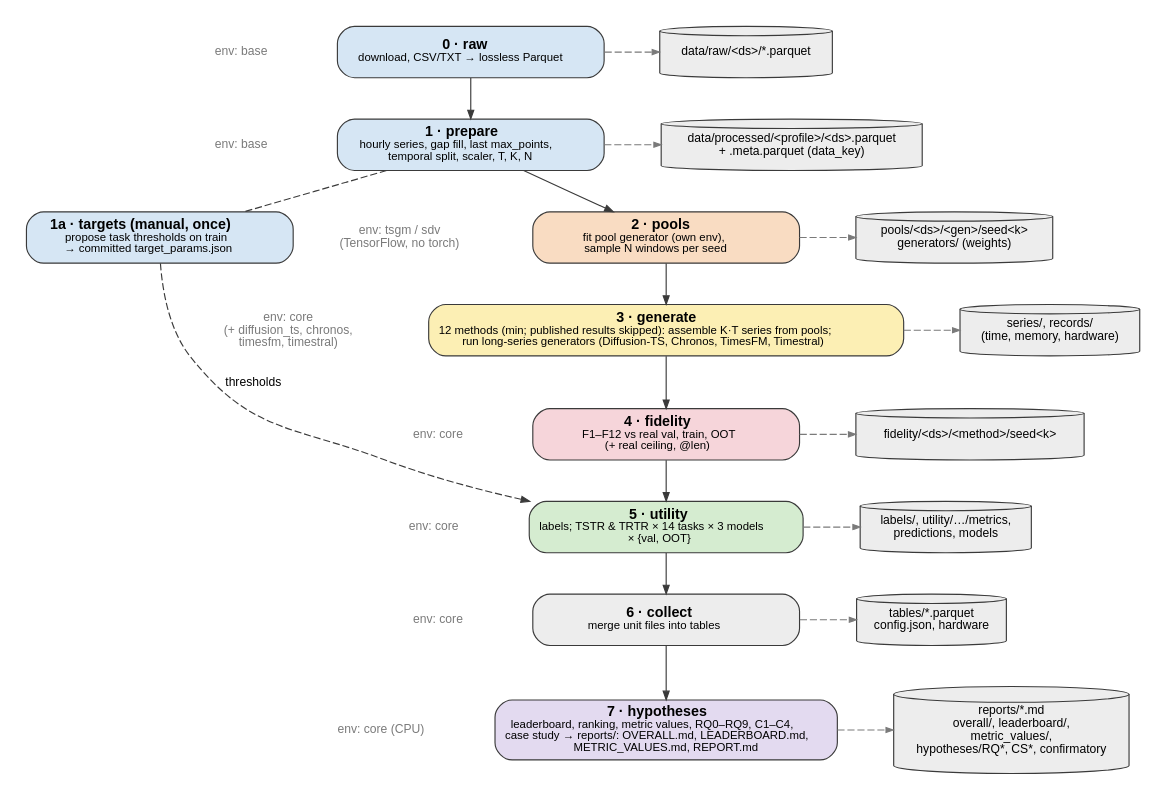
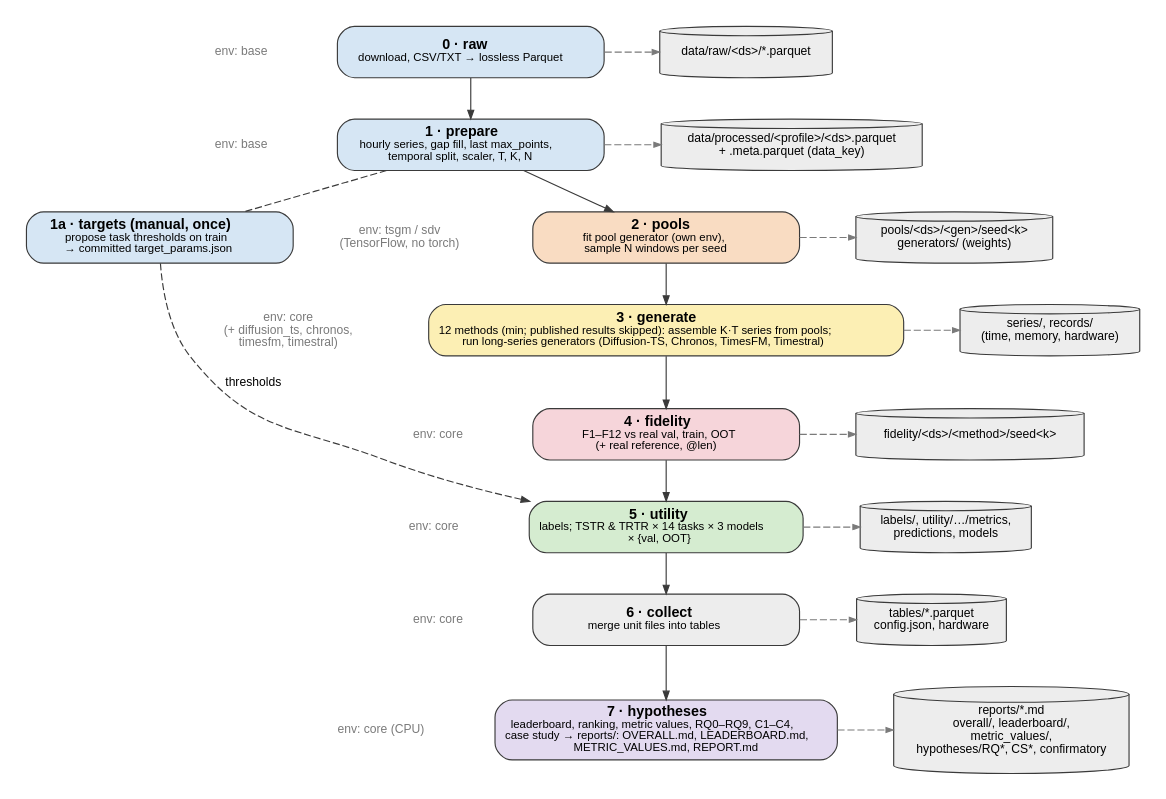
The diagram in dev/figures/src/dot/fig02_stage_pipeline.dot (zypl-ai/MarathonTS), drawn with Graphviz before and after one commit. The commit also changed 53 other files, not shown here.

```diff
--- a/dev/figures/src/dot/fig02_stage_pipeline.dot
+++ b/dev/figures/src/dot/fig02_stage_pipeline.dot
@@ -1,48 +1,48 @@
 digraph fig02_stage_pipeline {
   rankdir=TB;
 
   graph [fontname="Helvetica", fontsize=11, pad=0.15, nodesep=0.28, ranksep=0.38, newrank=true];
   node  [fontname="Helvetica", fontsize=10, shape=box, style="rounded,filled", fillcolor="#FFFFFF",
          color="#3A3A3A", penwidth=0.8, margin="0.10,0.05"];
   edge  [fontname="Helvetica", fontsize=8.5, color="#3A3A3A", penwidth=0.8, arrowsize=0.6];
 
 
   node [width=2.6];
   raw [label=<<b>0 · raw</b><br/><font point-size="8.5">download, CSV/TXT → lossless Parquet</font>>, fillcolor="#D6E6F4"];
   prep [label=<<b>1 · prepare</b><br/><font point-size="8.5">hourly series, gap fill, last max_points,<br/>temporal split, scaler, T, K, N</font>>, fillcolor="#D6E6F4"];
   tgt [label=<<b>1a · targets (manual, once)</b><br/><font point-size="8.5">propose task thresholds on train<br/>→ committed target_params.json</font>>, fillcolor="#D6E6F4"];
   pools [label=<<b>2 · pools</b><br/><font point-size="8.5">fit pool generator (own env),<br/>sample N windows per seed</font>>, fillcolor="#F9DCC2"];
   gen [label=<<b>3 · generate</b><br/><font point-size="8.5">12 methods (min; published results skipped): assemble K·T series from pools;<br/>run long-series generators (Diffusion-TS, Chronos, TimesFM, Timestral)</font>>, fillcolor="#FCEFB4"];
-  fid [label=<<b>4 · fidelity</b><br/><font point-size="8.5">F1–F12 vs real val, train, OOT<br/>(+ real ceiling, @len)</font>>, fillcolor="#F6D5DA"];
+  fid [label=<<b>4 · fidelity</b><br/><font point-size="8.5">F1–F12 vs real val, train, OOT<br/>(+ real reference, @len)</font>>, fillcolor="#F6D5DA"];
   utl [label=<<b>5 · utility</b><br/><font point-size="8.5">labels; TSTR &amp; TRTR × 14 tasks × 3 models<br/>× {val, OOT}</font>>, fillcolor="#D5ECD0"];
   col [label=<<b>6 · collect</b><br/><font point-size="8.5">merge unit files into tables</font>>, fillcolor="#EDEDED"];
   sci [label=<<b>7 · hypotheses</b><br/><font point-size="8.5">leaderboard, ranking, metric values, RQ0–RQ9, C1–C4,<br/>case study → reports/: OVERALL.md, LEADERBOARD.md,<br/>METRIC_VALUES.md, REPORT.md</font>>, fillcolor="#E3DAF0"];
 
   raw -> prep -> pools -> gen -> fid -> utl -> col -> sci;
   prep -> tgt [style=dashed, arrowhead=none];
   tgt -> utl [style=dashed, label=" thresholds", constraint=false];
 
   node [width=0, shape=cylinder, style=filled, fillcolor="#EDEDED", fontsize=8.5];
   a0 [label="data/raw/<ds>/*.parquet"];
   a1 [label="data/processed/<profile>/<ds>.parquet\n+ .meta.parquet (data_key)"];
   a2 [label="pools/<ds>/<gen>/seed<k>\ngenerators/ (weights)"];
   a3 [label="series/, records/\n(time, memory, hardware)"];
   a4 [label="fidelity/<ds>/<method>/seed<k>"];
   a5 [label="labels/, utility/…/metrics,\npredictions, models"];
   a6 [label="tables/*.parquet\nconfig.json, hardware"];
   a7 [label="reports/*.md\noverall/, leaderboard/,\nmetric_values/,\nhypotheses/RQ*, CS*, confirmatory"];
   {rank=same; raw; a0} {rank=same; prep; a1} {rank=same; pools; a2} {rank=same; gen; a3}
   {rank=same; fid; a4} {rank=same; utl; a5} {rank=same; col; a6} {rank=same; sci; a7}
   edge [style=dashed, color="#7A7A7A", arrowsize=0.5];
   raw -> a0; prep -> a1; pools -> a2; gen -> a3; fid -> a4; utl -> a5; col -> a6; sci -> a7;
 
   node [shape=plaintext, style="", fontsize=8.5, fontcolor="#7A7A7A"];
   e1 [label="env: base"]; e2 [label="env: base"]; e3 [label="env: tsgm / sdv\n(TensorFlow, no torch)"];
   e4 [label="env: core\n(+ diffusion_ts, chronos,\ntimesfm, timestral)"]; e5 [label="env: core"]; e6 [label="env: core"];
   e7 [label="env: core"]; e8 [label="env: core (CPU)"];
   {rank=same; raw; e1} {rank=same; prep; e2} {rank=same; pools; e3} {rank=same; gen; e4}
   {rank=same; fid; e5} {rank=same; utl; e6} {rank=same; col; e7} {rank=same; sci; e8}
   edge [style=invis];
   e1 -> raw; e2 -> prep; e3 -> pools; e4 -> gen; e5 -> fid; e6 -> utl; e7 -> col; e8 -> sci;
 
 }
```
